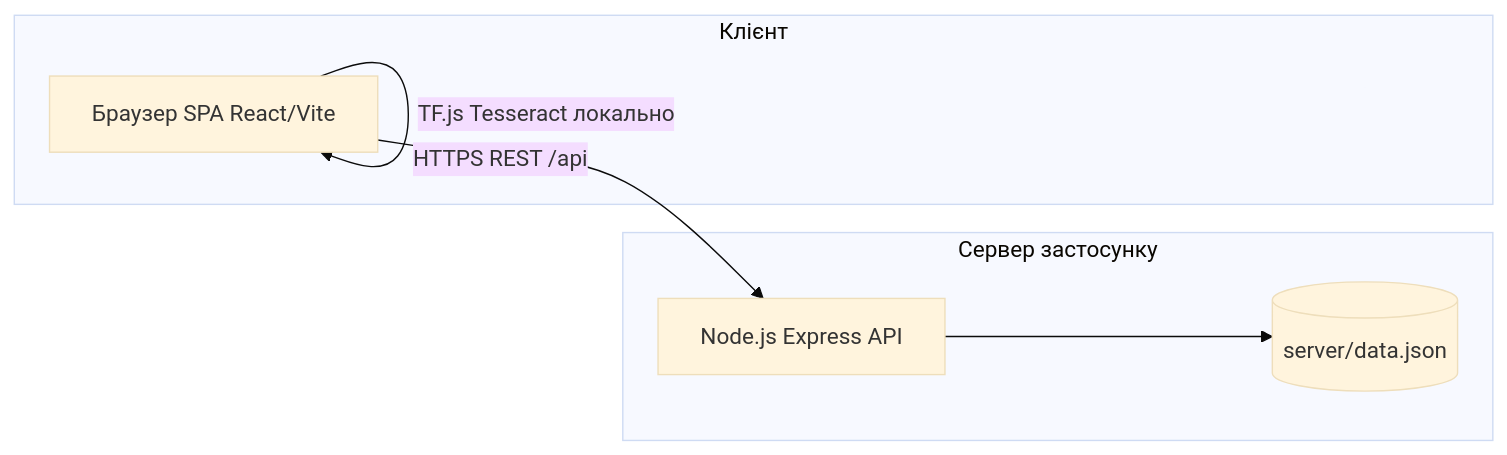
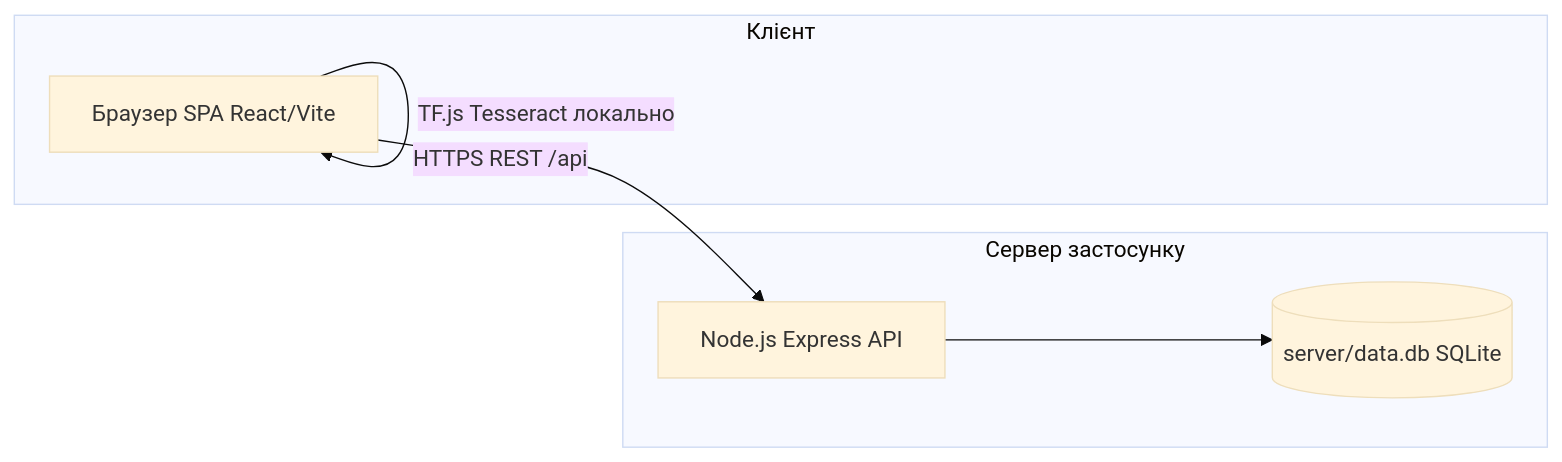
The diagram in README.md (alena597/media-insight-hub), drawn with Mermaid (base theme) before and after one commit. The commit also changed other lines of this file and 39 other files, not shown here.

````diff
--- a/README.md
+++ b/README.md
@@ -27,13 +27,13 @@
 ```mermaid
 flowchart LR
   subgraph client [Клієнт]
     Browser[Браузер SPA React/Vite]
   end
   subgraph server_side [Сервер застосунку]
     API[Node.js Express API]
-    Store[(server/data.json)]
+    Store[(server/data.db SQLite)]
   end
   Browser -->|HTTPS REST /api| API
   API --> Store
   Browser -->|TF.js Tesseract локально| Browser
 ```
````
